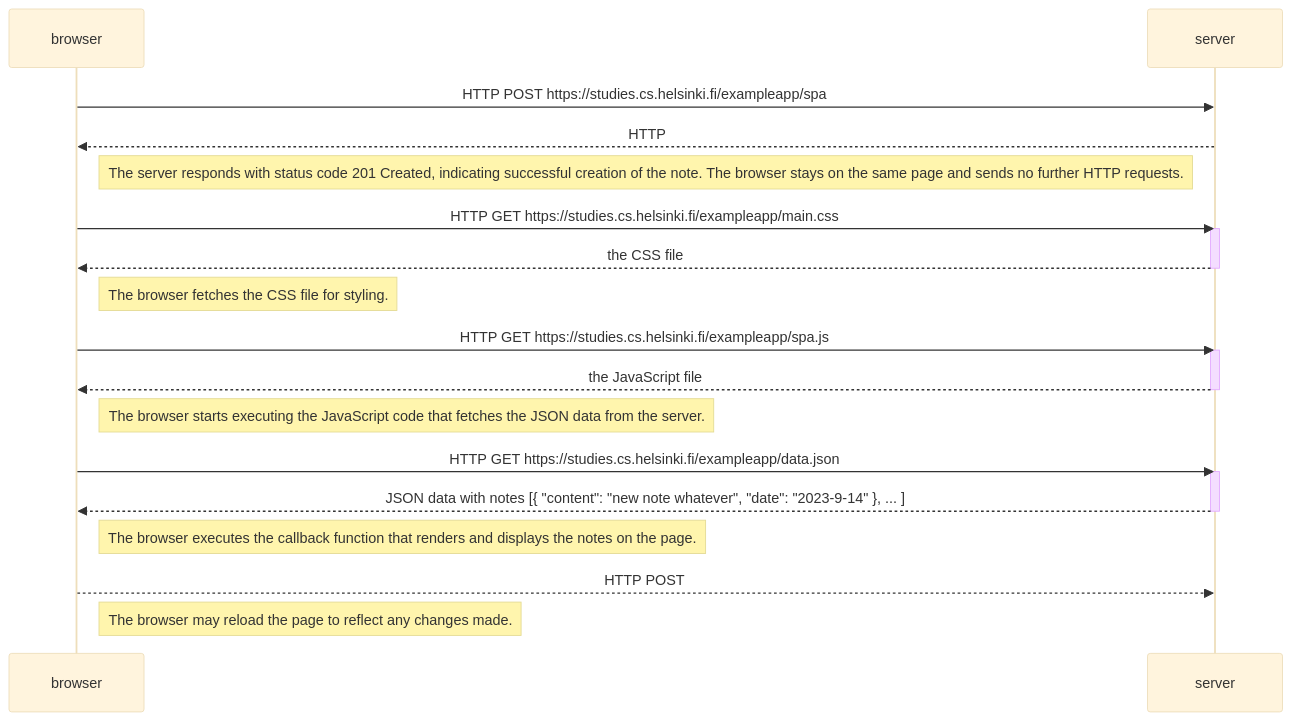
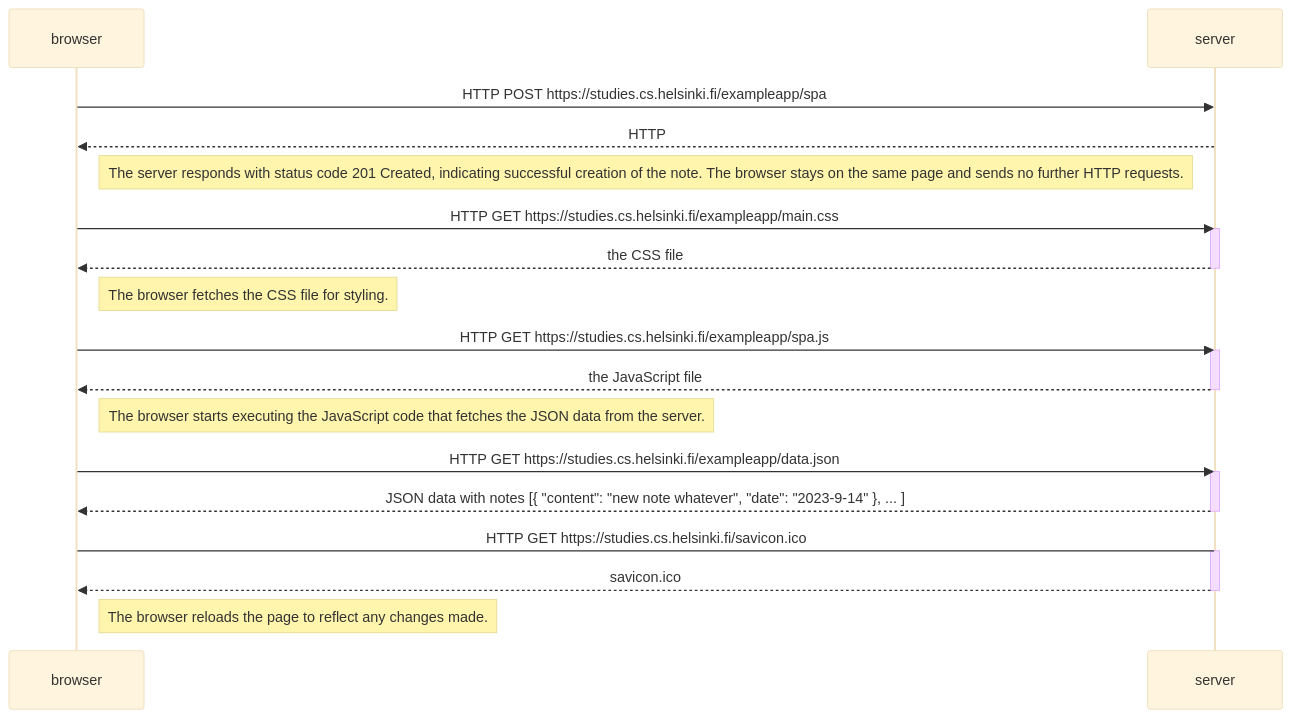
One commit to ana-sv/FullStackCourse changed the diagram in Part0/0.5.md. Above: the diagram before and after it, drawn with Mermaid (base theme). The commit also changed other lines of this file and 1 other file, not shown here.

Commit message:
last corrections

````diff
--- a/Part0/0.5.md
+++ b/Part0/0.5.md
@@ -4,35 +4,36 @@
 ```mermaid
 sequenceDiagram
     participant browser
     participant server
 
     browser->>server: HTTP POST https://studies.cs.helsinki.fi/exampleapp/spa
 
     server-->>browser: HTTP
     Note right of browser: The server responds with status code 201 Created, indicating successful creation of the note. The browser stays on the same page and sends no further HTTP requests.
 
     browser->>server: HTTP GET https://studies.cs.helsinki.fi/exampleapp/main.css
     activate server
     server-->>browser: the CSS file
     deactivate server
     Note right of browser: The browser fetches the CSS file for styling.
 
     browser->>server: HTTP GET https://studies.cs.helsinki.fi/exampleapp/spa.js
     activate server
     server-->>browser: the JavaScript file
     deactivate server
 
     Note right of browser: The browser starts executing the JavaScript code that fetches the JSON data from the server.
 
     browser->>server: HTTP GET https://studies.cs.helsinki.fi/exampleapp/data.json
     activate server
     server-->>browser: JSON data with notes [{ "content": "new note whatever", "date": "2023-9-14" }, ... ]
     deactivate server
 
-    Note right of browser: The browser executes the callback function that renders and displays the notes on the page.
+    browser->server: HTTP GET https://studies.cs.helsinki.fi/savicon.ico
+    activate server
+    server-->>browser: savicon.ico
+    deactivate server
 
-    browser-->>server: HTTP POST
-
-    Note right of browser: The browser may reload the page to reflect any changes made.
+    Note right of browser: The browser reloads the page to reflect any changes made.
 
 ```
````
